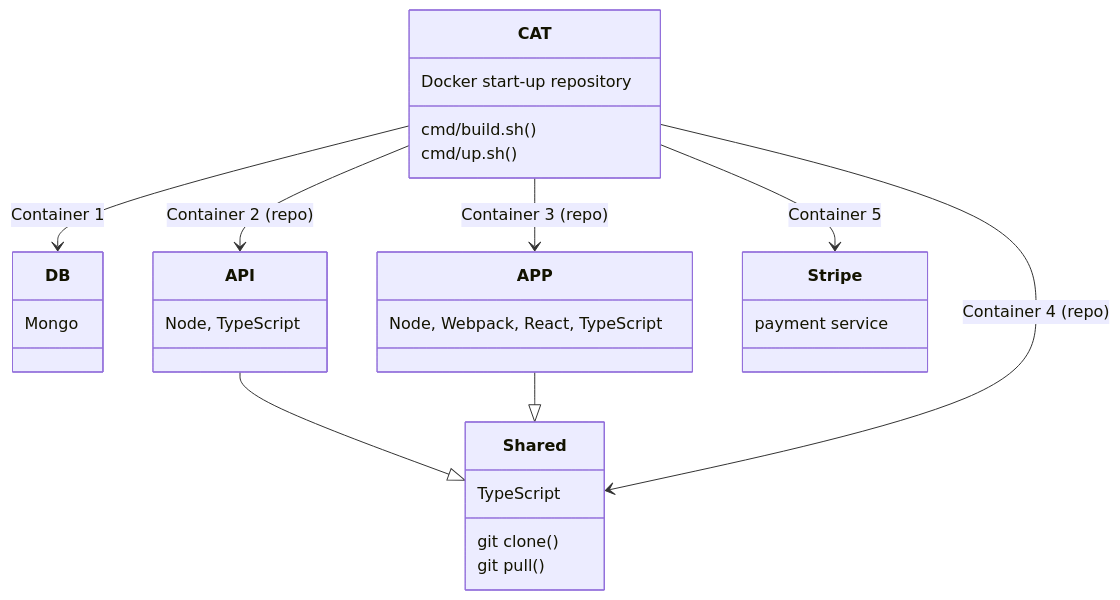
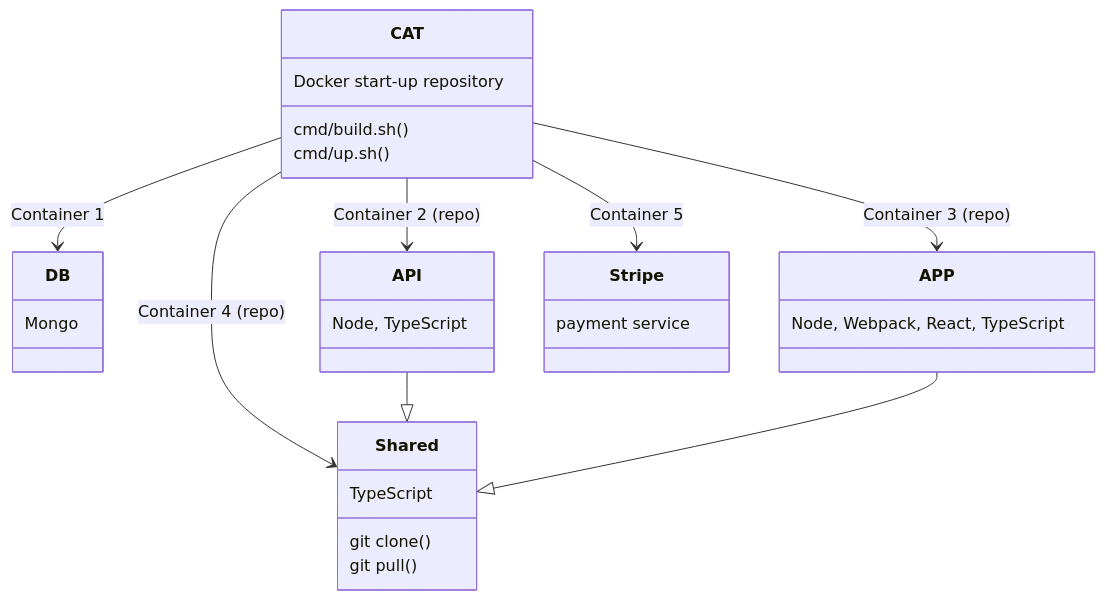
One commit to Karmello/cat-start changed the diagram in README.md. Above: the diagram before and after it, drawn with Mermaid. The commit also changed other lines of this file, not shown here.

Commit message:
repo name change to cat

````diff
--- a/README.md
+++ b/README.md
@@ -8,20 +8,20 @@
 ```mermaid
 classDiagram
 CAT --> DB : Container 1
 CAT --> API : Container 2 (repo)
 CAT --> APP : Container 3 (repo)
+CAT --> Shared : Container 4 (repo)
 CAT : Docker start-up repository
 CAT: cmd/build.sh()
 CAT: cmd/up.sh()
 DB: Mongo
 API: Node, TypeScript
 APP: Node, Webpack, React, TypeScript
 Stripe: payment service
 Shared: TypeScript
 Shared: git clone()
 Shared: git pull()
 API --|> Shared
 APP --|> Shared
-CAT --> Shared : Container 4 (repo)
 CAT --> Stripe : Container 5
 ```
````
